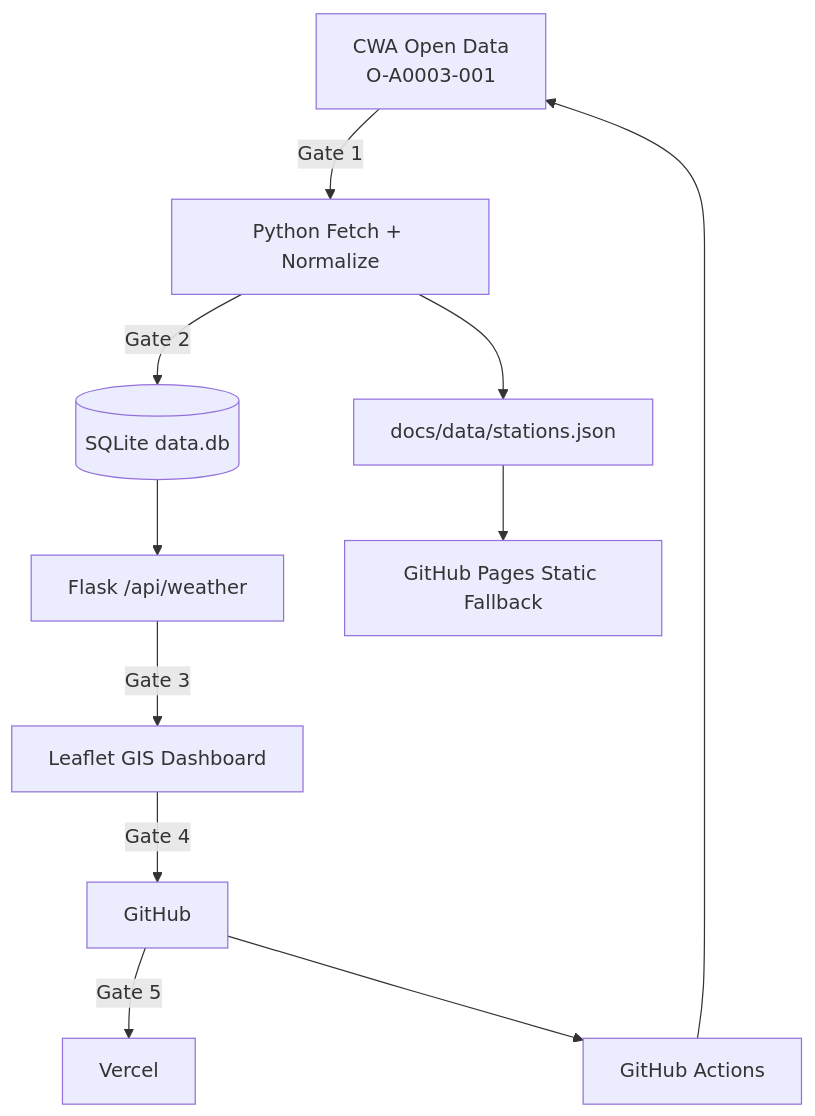
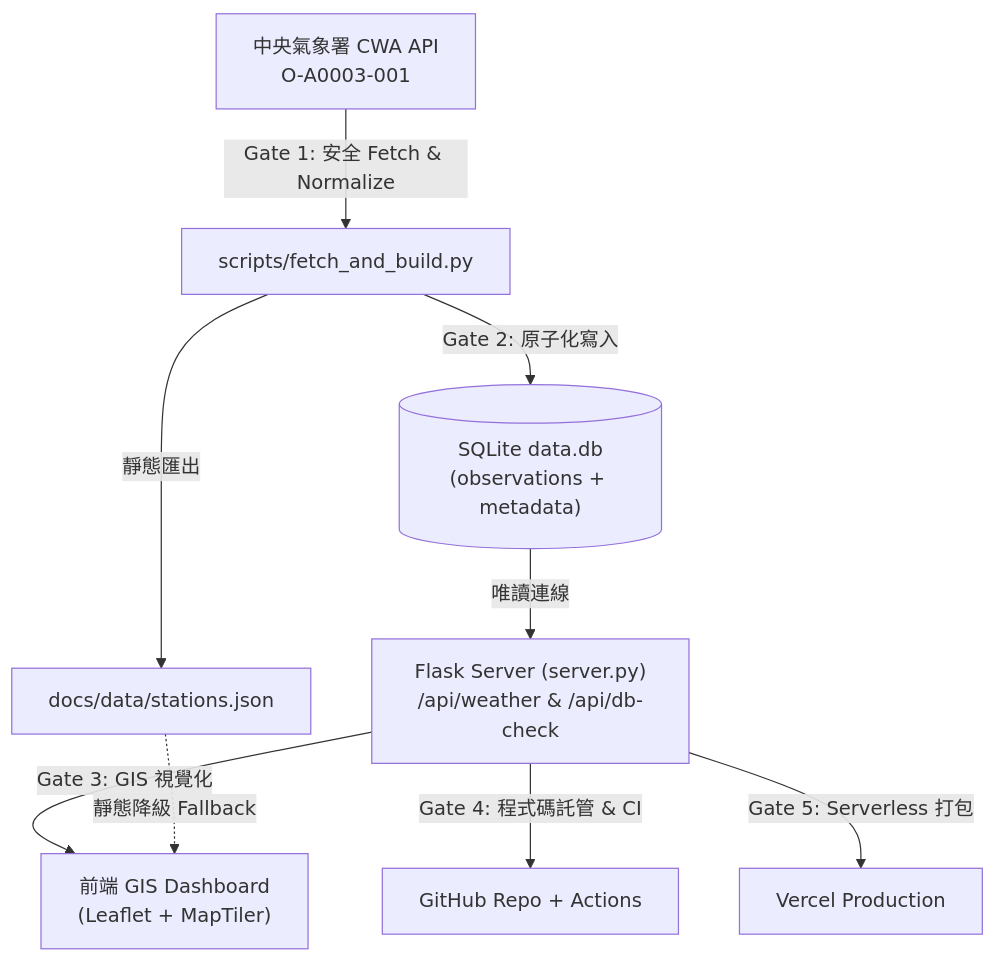
Before and after one commit to prometheans152/0923: the diagram in README.md, drawn with Mermaid. The commit also changed other lines of this file and 10 other files, not shown here.

````diff
--- a/README.md
+++ b/README.md
@@ -37,14 +36,11 @@
 ```mermaid
 flowchart TD
-    A[CWA Open Data<br/>O-A0003-001] -->|Gate 1| B[Python Fetch + Normalize]
-    B -->|Gate 2| C[(SQLite data.db)]
-    C --> D[Flask /api/weather]
-    D -->|Gate 3| E[Leaflet GIS Dashboard]
-    E -->|Gate 4| F[GitHub]
-    F -->|Gate 5| G[Vercel]
-    F --> H[GitHub Actions]
-    H --> A
-
-    B --> I[docs/data/stations.json]
-    I --> J[GitHub Pages Static Fallback]
+    A["中央氣象署 CWA API<br/>O-A0003-001"] -->|Gate 1: 安全 Fetch & Normalize| B["scripts/fetch_and_build.py"]
+    B -->|Gate 2: 原子化寫入| C[("SQLite data.db<br/>(observations + metadata)")]
+    B -->|靜態匯出| D["docs/data/stations.json"]
+    C -->|唯讀連線| E["Flask Server (server.py)<br/>/api/weather & /api/db-check"]
+    E -->|Gate 3: GIS 視覺化| F["前端 GIS Dashboard<br/>(Leaflet + MapTiler)"]
+    D -.->|靜態降級 Fallback| F
+    E -->|Gate 4: 程式碼託管 & CI| G["GitHub Repo + Actions"]
+    E -->|Gate 5: Serverless 打包| H["Vercel Production"]
 ```
````
